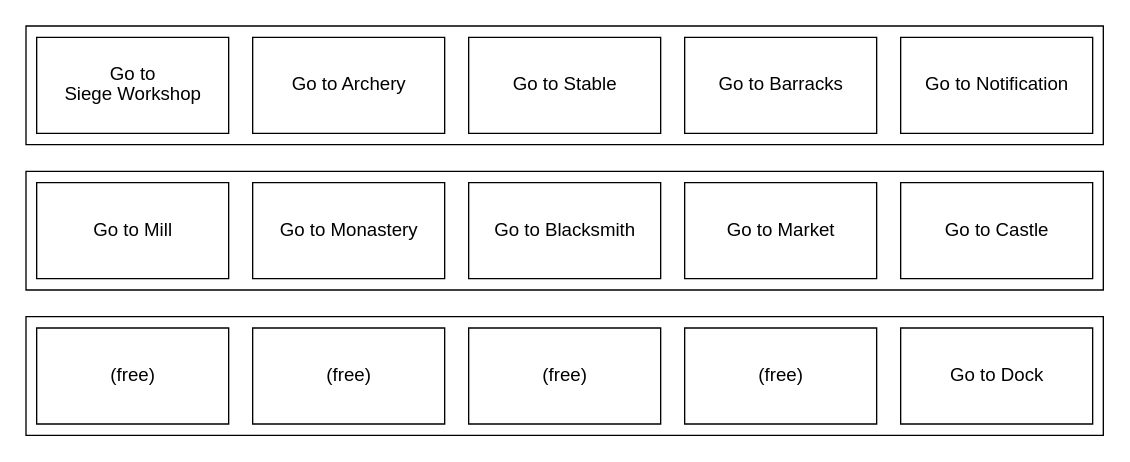
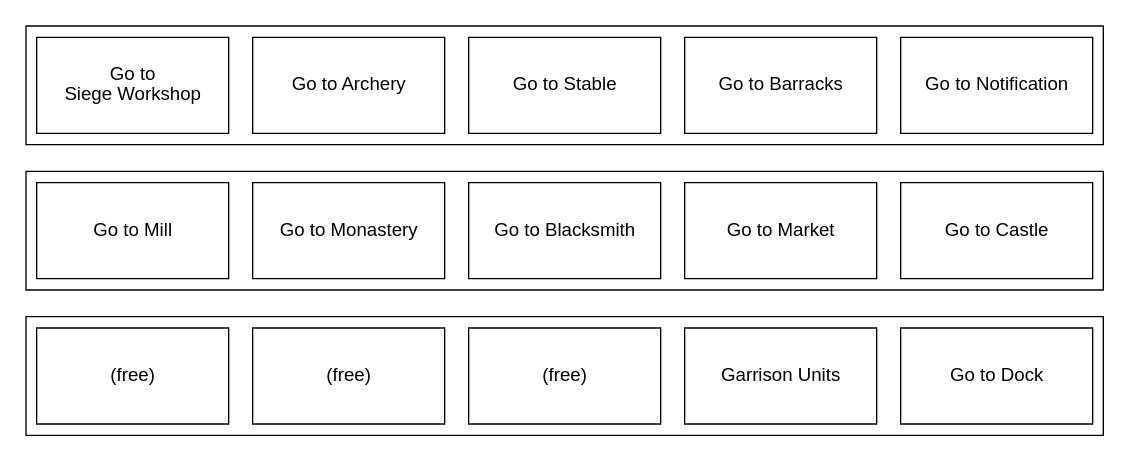
The diagram in layer4.dot (TheAgeOfCoding/age-hotkey-science), drawn with Graphviz before and after one commit. The commit also changed 1 other file, not shown here.

Commit message:
Add garrison units to layer4

```diff
--- a/layer4.dot
+++ b/layer4.dot
@@ -1,27 +1,27 @@
 digraph D {
     node [pin=true, width=2, height=1, shape=record, fixedsize=true, autosize=false, fontname="Arial"];
     subgraph cluster_0 {
       e [label="Go to Notification"];
       d [label="Go to Barracks"];
       c [label="Go to Stable"];
       b [label="Go to Archery"];
       a [label="Go to\nSiege Workshop"];
     }
     subgraph cluster_1 {
       j [label="Go to Castle"];
       i [label="Go to Market"];
       h [label="Go to Blacksmith"];
       g [label="Go to Monastery"];
       f [label="Go to Mill"];
     }
 
     subgraph cluster_2 {
       k [label="Go to Dock"];
-      l [label="(free)"];
+      l [label="Garrison Units"];
       m [label="(free)"];
       n [label="(free)"];
       o [label="(free)"];
     }
   a -> f [style=invis];
   j -> k [style=invis];
 }
```
